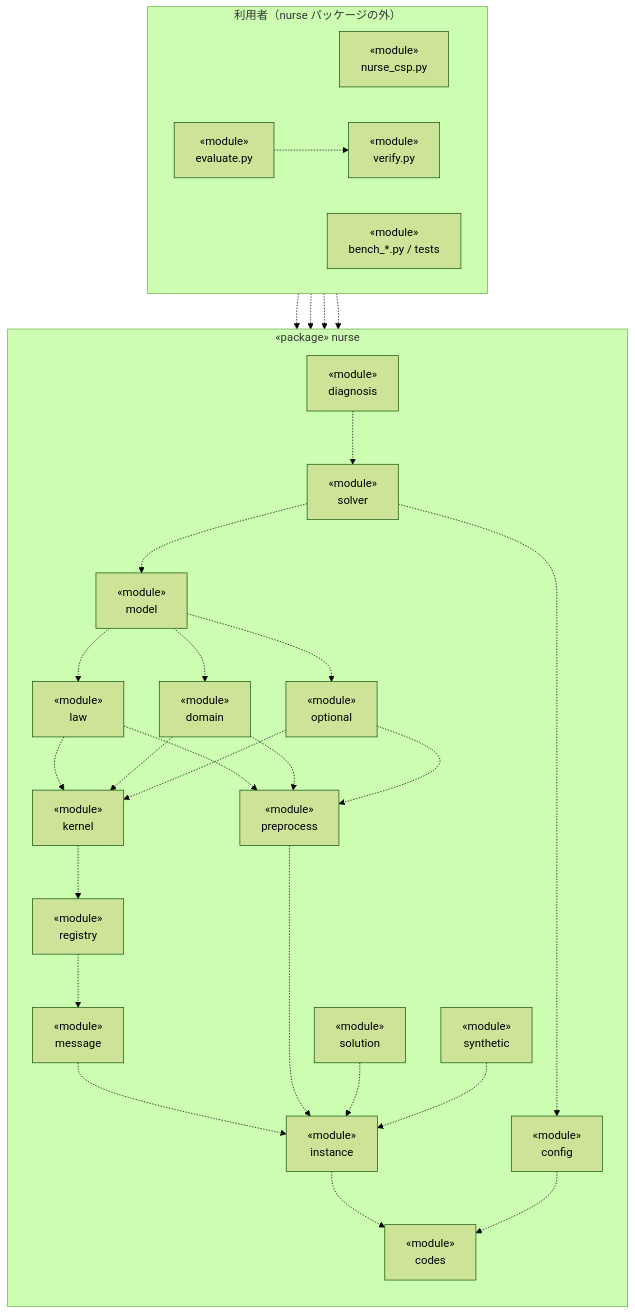
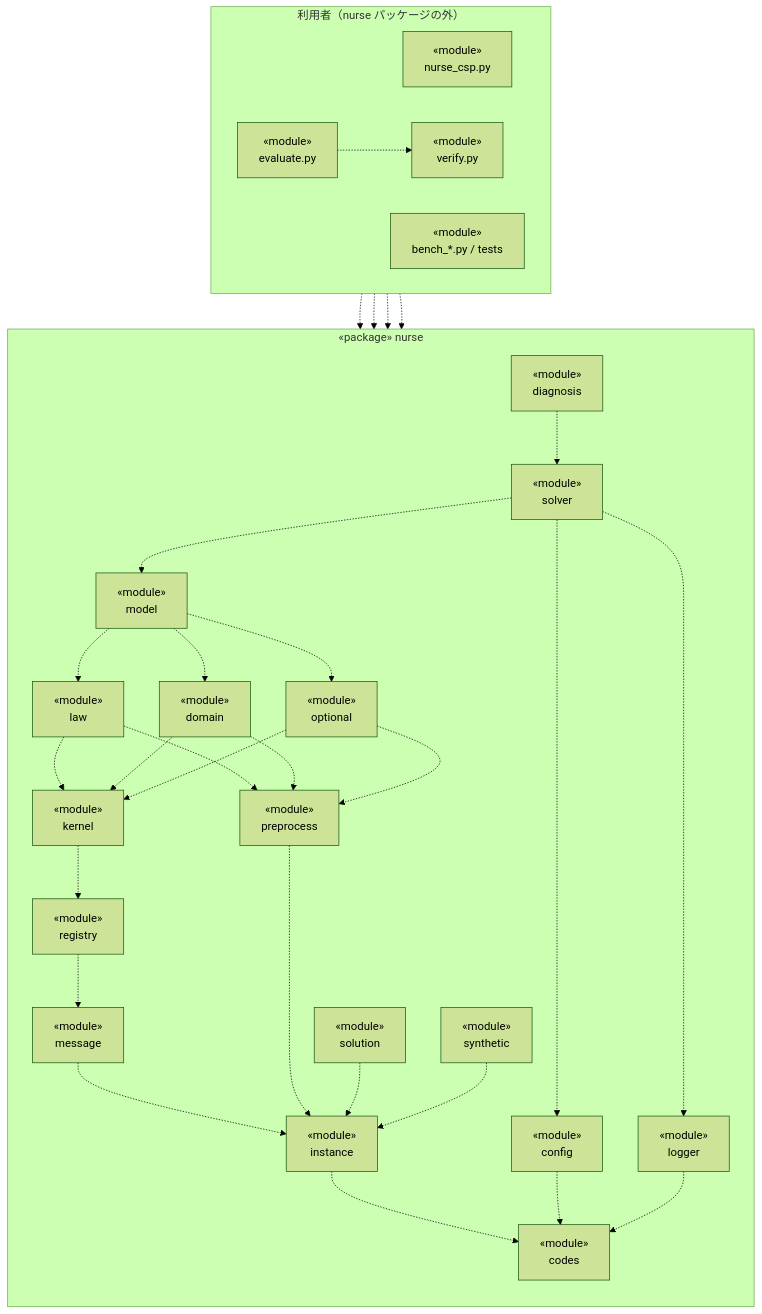
Before and after one commit to Axtsukun/nurse-scheduling: the second of 2 diagrams in README.md, drawn with Mermaid (forest theme). The commit also changed other lines of this file and 15 other files, not shown here.

````diff
--- a/README.md
+++ b/README.md
@@ -227,53 +231,56 @@
 ```mermaid
 flowchart TB
     subgraph EXT["利用者（nurse パッケージの外）"]
         direction LR
         nurse_csp["«module»<br/>nurse_csp.py"]
         evaluate["«module»<br/>evaluate.py"]
         verify["«module»<br/>verify.py"]
         others["«module»<br/>bench_*.py / tests"]
     end
     subgraph NURSE["«package» nurse"]
         direction TB
         diagnosis["«module»<br/>diagnosis"]
         solver["«module»<br/>solver"]
         model["«module»<br/>model"]
         law["«module»<br/>law"]
         domain["«module»<br/>domain"]
         optional["«module»<br/>optional"]
         kernel["«module»<br/>kernel"]
         registry["«module»<br/>registry"]
         message["«module»<br/>message"]
         preprocess["«module»<br/>preprocess"]
         solution["«module»<br/>solution"]
         synthetic["«module»<br/>synthetic"]
         config["«module»<br/>config"]
+        logger["«module»<br/>logger"]
         instance["«module»<br/>instance"]
         codes["«module»<br/>codes"]
     end
     nurse_csp -.-> NURSE
     evaluate -.-> NURSE
     verify -.-> NURSE
     others -.-> NURSE
     evaluate -.-> verify
     diagnosis -.-> solver
     solver -.-> model
     solver -.-> config
+    solver -.-> logger
     model -.-> law
     model -.-> domain
     model -.-> optional
     law -.-> kernel
     domain -.-> kernel
     optional -.-> kernel
     law -.-> preprocess
     domain -.-> preprocess
     optional -.-> preprocess
     kernel -.-> registry
     registry -.-> message
     message -.-> instance
     preprocess -.-> instance
     solution -.-> instance
     synthetic -.-> instance
     instance -.-> codes
     config -.-> codes
+    logger -.-> codes
 ```
````
